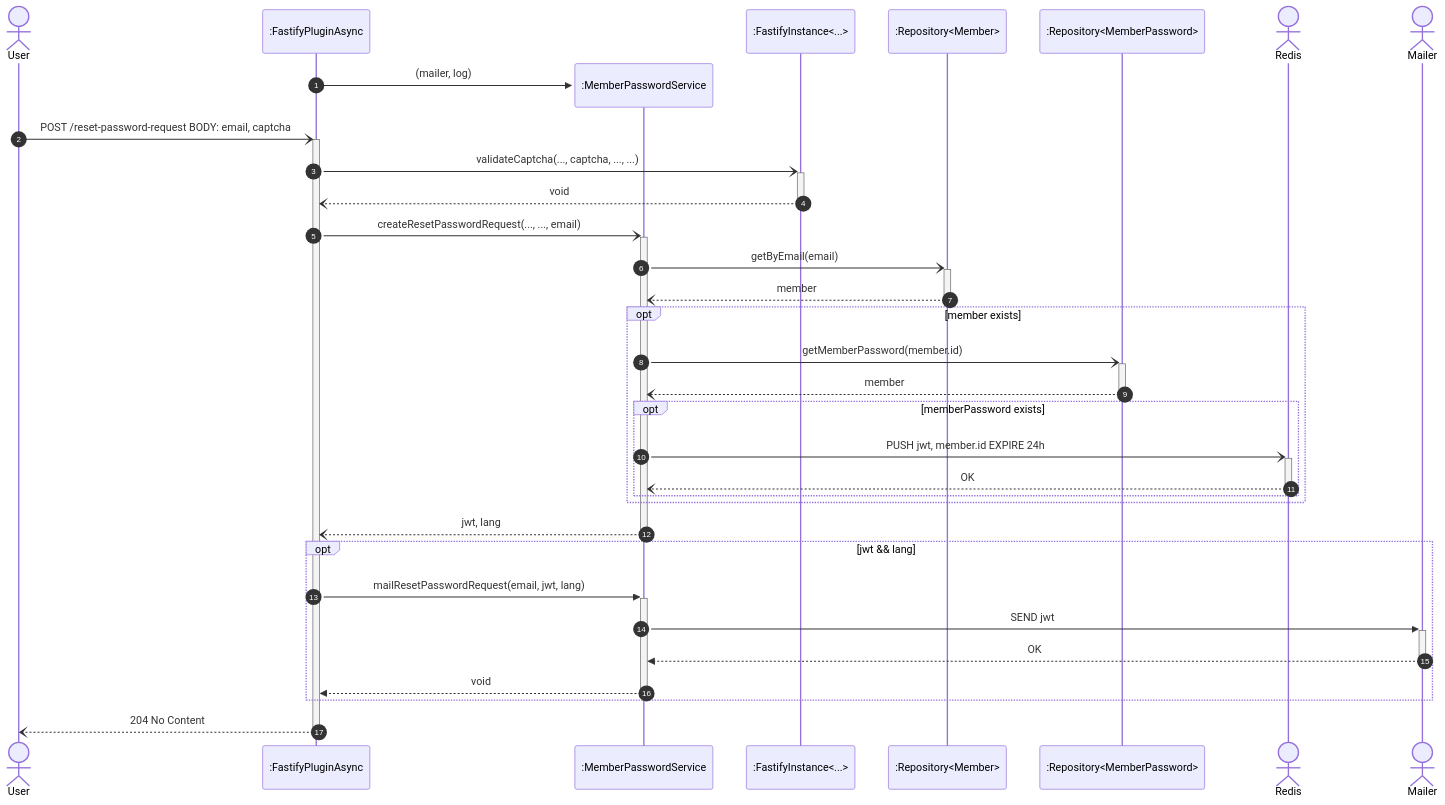
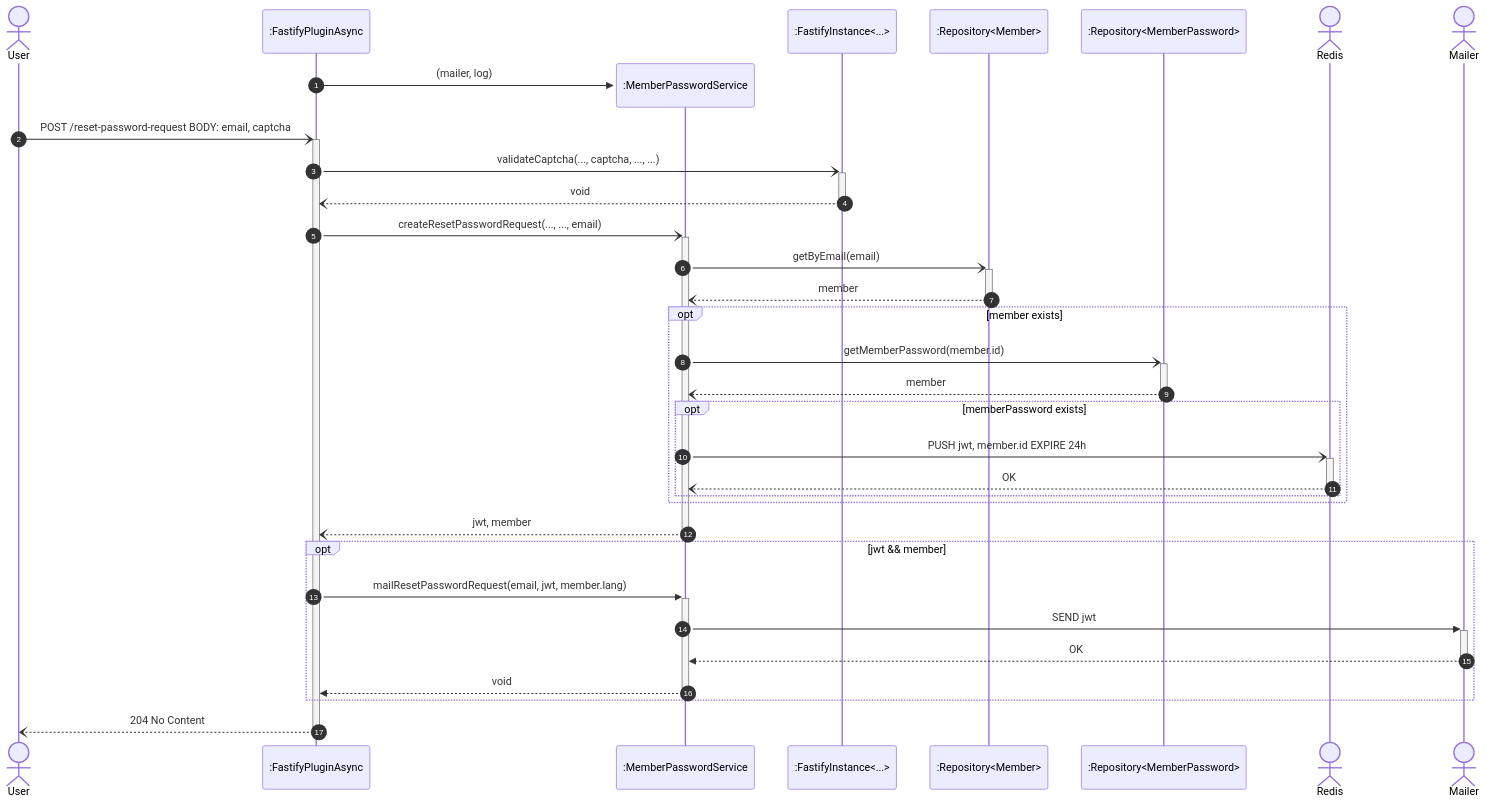
The first of 2 diagrams in src/services/auth/plugins/password/spec.md (graasp/graasp), drawn with Mermaid before and after one commit. The commit also changed other lines of this file and 3 other files, not shown here.

````diff
--- a/src/services/auth/plugins/password/spec.md
+++ b/src/services/auth/plugins/password/spec.md
@@ -5,36 +5,36 @@
 ```mermaid
 sequenceDiagram
     autonumber
     actor usr as User
     participant ctrl as :FastifyPluginAsync
     create participant service as :MemberPasswordService
     ctrl->>service: (mailer, log)
     participant fastify as :FastifyInstance<...>
     participant repoMember as :Repository<Member>
     participant repoPass as :Repository<MemberPassword>
     actor redis as Redis
     actor mailer as Mailer
 
     usr-)+ctrl: POST /reset-password-request BODY: email, captcha
         ctrl-)+fastify: validateCaptcha(..., captcha, ..., ...)
         fastify--)-ctrl: void
         ctrl-)+service: createResetPasswordRequest(..., ..., email)
             service-)+repoMember: getByEmail(email)
             repoMember--)-service: member
             opt member exists
                 service-)+repoPass: getMemberPassword(member.id)
                 repoPass--)-service: member
                 opt memberPassword exists
                     service-)+redis: PUSH jwt, member.id EXPIRE 24h
                     redis--)-service: OK
                 end
             end
-        service--)-ctrl: jwt, lang
-        opt jwt && lang
-            ctrl->>+service: mailResetPasswordRequest(email, jwt, lang)
+        service--)-ctrl: jwt, member
+        opt jwt && member
+            ctrl->>+service: mailResetPasswordRequest(email, jwt, member.lang)
                 service->>+mailer: SEND jwt
                 mailer-->>-service: OK
             service-->>-ctrl: void
         end
     ctrl--)-usr: 204 No Content
 ```
````
